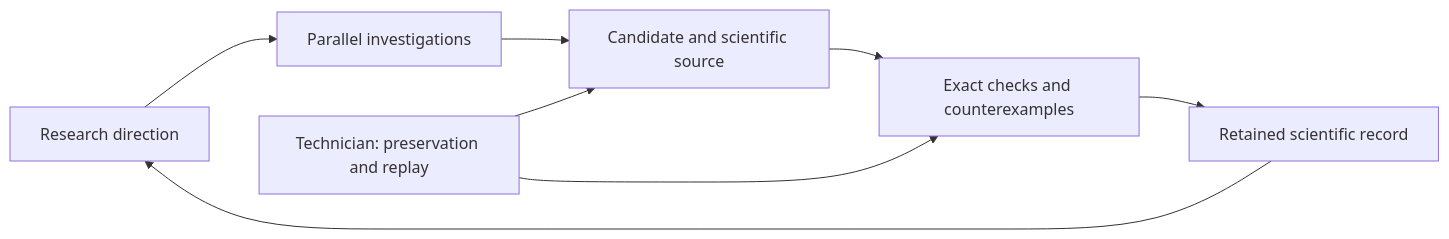
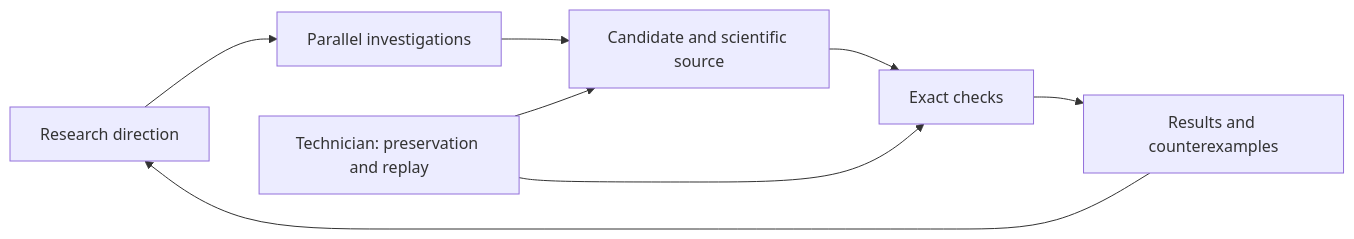
The diagram in README.md (ohresearchresults/gomboc-research), drawn with Mermaid before and after one commit. The commit also changed other lines of this file and 2020 other files, not shown here.

````diff
--- a/README.md
+++ b/README.md
@@ -55,10 +53,10 @@
 ```mermaid
 flowchart LR
     A[Research direction] --> B[Parallel investigations]
     B --> C[Candidate and scientific source]
-    C --> D[Exact checks and counterexamples]
-    D --> E[Retained scientific record]
+    C --> D[Exact checks]
+    D --> E[Results and counterexamples]
     E --> A
     T[Technician: preservation and replay] --> C
     T --> D
 ```
````
